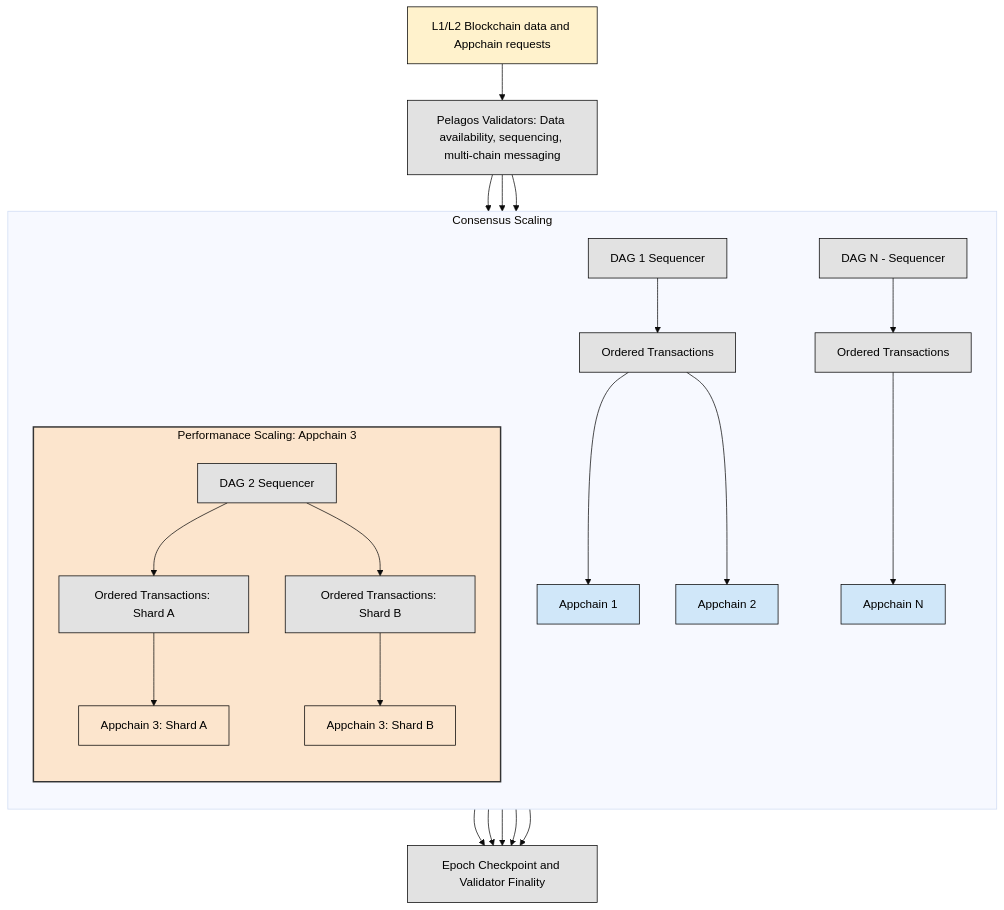
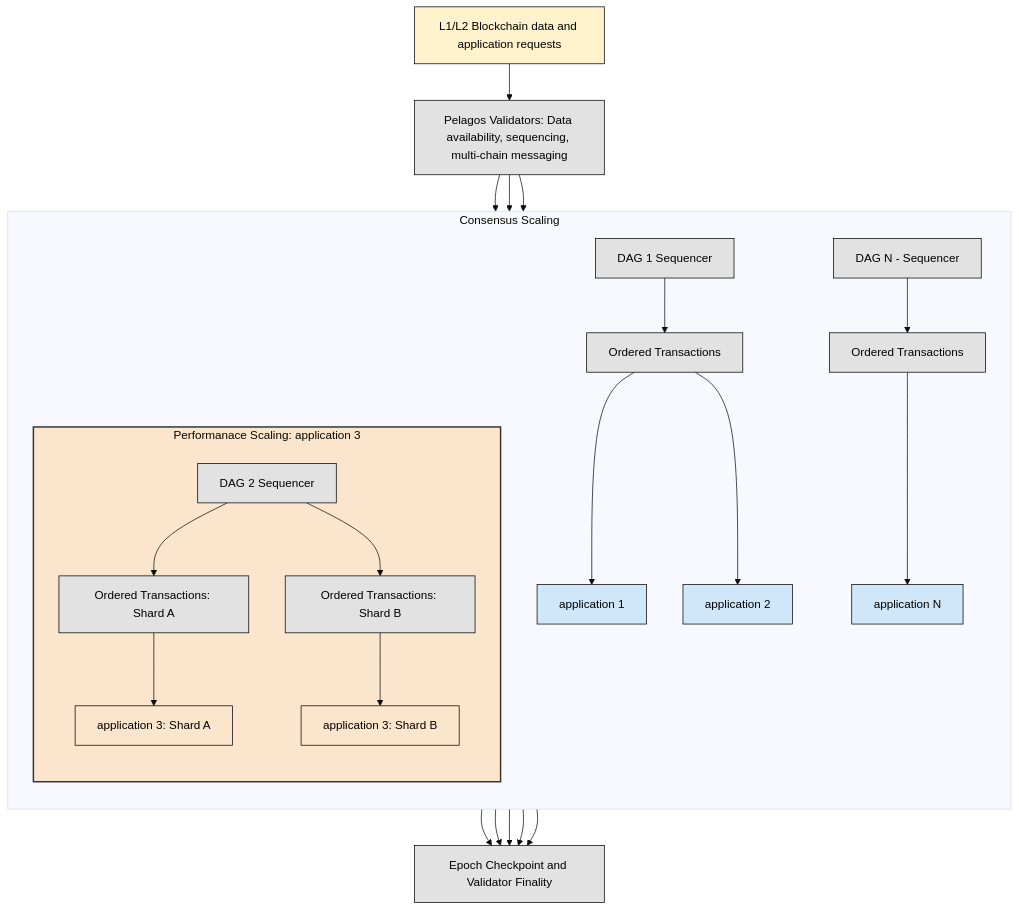
The diagram in technology/design-considerations.md (0xAtelerix/docs), drawn with Mermaid (base theme) before and after one commit. The commit also changed other lines of this file, not shown here.

Commit message:
GITBOOK-34: No subject

````diff
--- a/technology/design-considerations.md
+++ b/technology/design-considerations.md
@@ -141,63 +141,63 @@
 ```mermaid
 flowchart TD
   %% Styling classes for nodes
   classDef horiz fill:#d0e7f9,stroke:#000,stroke-width:1px,color:#000;
   classDef vert  fill:#fce5cd,stroke:#000,stroke-width:1px,color:#000;
   classDef process fill:#e2e2e2,stroke:#000,stroke-width:1px,color:#000;
   classDef source fill:#fff2cc,stroke:#000,stroke-width:1px,color:#000;
 
   %% External sources and validators
-  L1L2["L1/L2 Blockchain data and Appchain requests"]:::source
+  L1L2["L1/L2 Blockchain data and application requests"]:::source
   VAL["Pelagos Validators: Data availability, sequencing, multi-chain messaging"]:::process
 
   %% Horizontal Scaling
   subgraph H["Consensus Scaling"]
     direction TB
 
-    %% Appchain 1 & 2 (separate DAGs)
+    %% application 1 & 2 (separate DAGs)
     DAG1[DAG 1 Sequencer]:::process
     OT1[Ordered Transactions]:::process
-    AC1[Appchain 1]:::horiz
-    AC2[Appchain 2]:::horiz
+    AC1[application 1]:::horiz
+    AC2[application 2]:::horiz
 
     DAG1 --> OT1
     OT1 --> AC1
     OT1 --> AC2
 
-    %% Appchain 3 (Vertical Scaling from single DAG)
-    subgraph VS3["Performanace Scaling: Appchain 3"]
+    %% application 3 (Vertical Scaling from single DAG)
+    subgraph VS3["Performanace Scaling: application 3"]
       direction TB
       DAG3[DAG 2 Sequencer]:::process
       OT3a[Ordered Transactions: Shard A]:::process
       OT3b[Ordered Transactions: Shard B]:::process
-      AC3a[Appchain 3: Shard A]:::vert
-      AC3b[Appchain 3: Shard B]:::vert
+      AC3a[application 3: Shard A]:::vert
+      AC3b[application 3: Shard B]:::vert
 
       DAG3 --> OT3a --> AC3a
       DAG3 --> OT3b --> AC3b
     end
 
-    %% Appchain N
+    %% application N
     DAGN[DAG N - Sequencer]:::process
     OTN[Ordered Transactions]:::process
-    ACN[Appchain N]:::horiz
+    ACN[application N]:::horiz
 
     DAGN --> OTN --> ACN
   end
 
   %% Epoch & Validator Connections
   EC[Epoch Checkpoint and Validator Finality]:::process
 
   L1L2 --> VAL
   VAL --> DAG1
   VAL --> DAG3
   VAL --> DAGN
 
     AC1 --> EC
   AC2 --> EC
   AC3a --> EC
   AC3b --> EC
   ACN --> EC
 
   style VS3 fill:#fce5cd,stroke:#333,stroke-width:2px
 ```
````
